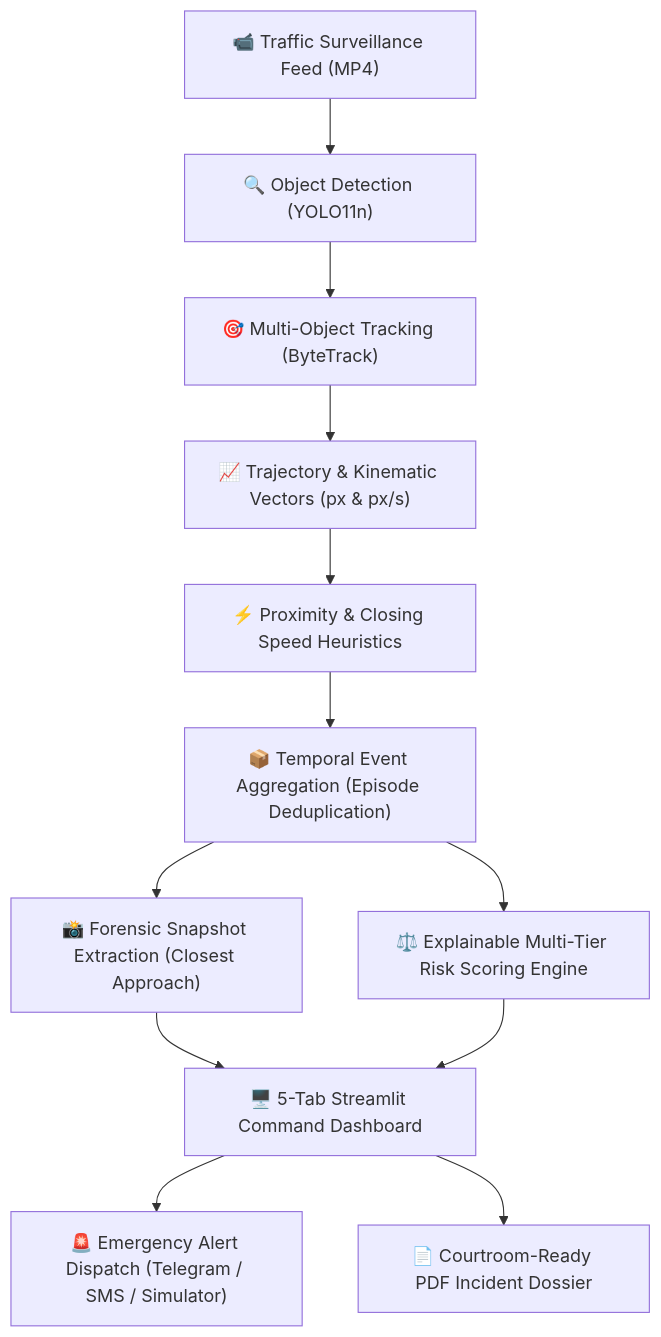
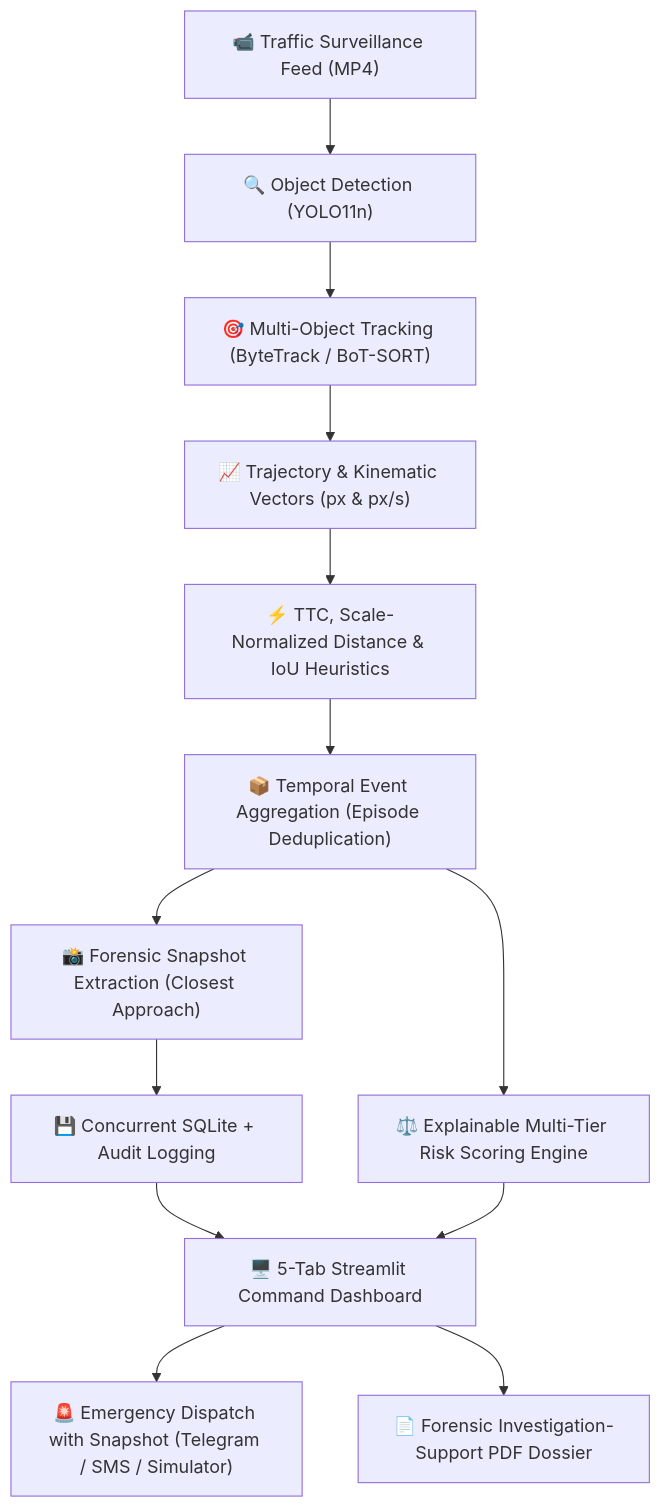
One commit to vishalbhardwaj-source/MotionGuard changed the diagram in README.md. Above: the diagram before and after it, drawn with Mermaid. The commit also changed other lines of this file and 47 other files, not shown here.

Commit message:
feat: complete Tier 1-3 improvements (TTC kinematics, SQLite, tests reorg, Docker, CI, AGPL-3.0)

````diff
--- a/README.md
+++ b/README.md
@@ -27,14 +30,15 @@
 ```mermaid
 flowchart TD
     Video["📹 Traffic Surveillance Feed (MP4)"] --> Detection["🔍 Object Detection (YOLO11n)"]
-    Detection --> Tracking["🎯 Multi-Object Tracking (ByteTrack)"]
+    Detection --> Tracking["🎯 Multi-Object Tracking (ByteTrack / BoT-SORT)"]
     Tracking --> Trajectory["📈 Trajectory & Kinematic Vectors (px & px/s)"]
-    Trajectory --> Filtering["⚡ Proximity & Closing Speed Heuristics"]
+    Trajectory --> Filtering["⚡ TTC, Scale-Normalized Distance & IoU Heuristics"]
     Filtering --> Aggregation["📦 Temporal Event Aggregation (Episode Deduplication)"]
     Aggregation --> Evidence["📸 Forensic Snapshot Extraction (Closest Approach)"]
     Aggregation --> Risk["⚖️ Explainable Multi-Tier Risk Scoring Engine"]
-    Evidence --> Dashboard["🖥️ 5-Tab Streamlit Command Dashboard"]
+    Evidence --> Storage["💾 Concurrent SQLite + Audit Logging"]
+    Storage --> Dashboard["🖥️ 5-Tab Streamlit Command Dashboard"]
     Risk --> Dashboard
-    Dashboard --> Dispatch["🚨 Emergency Alert Dispatch (Telegram / SMS / Simulator)"]
-    Dashboard --> Export["📄 Courtroom-Ready PDF Incident Dossier"]
+    Dashboard --> Dispatch["🚨 Emergency Dispatch with Snapshot (Telegram / SMS / Simulator)"]
+    Dashboard --> Export["📄 Forensic Investigation-Support PDF Dossier"]
 ```
````
